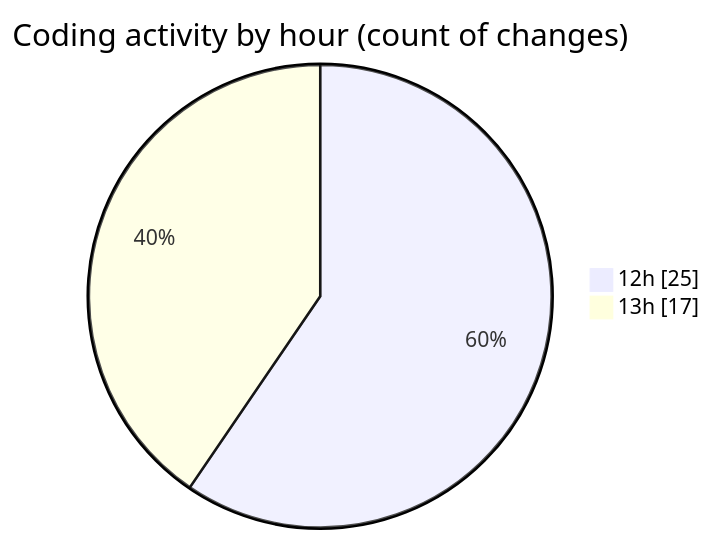
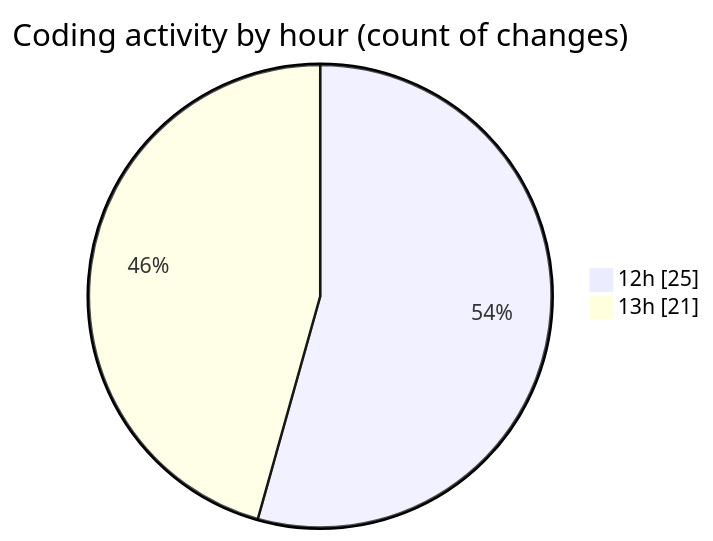
Before and after one commit to momahboobian/code-tracking: the second of 2 diagrams in 2025-08-15/cda/README.md, drawn with Mermaid. The commit also changed other lines of this file and 1 other file, not shown here.

````diff
--- a/2025-08-15/cda/README.md
+++ b/2025-08-15/cda/README.md
@@ -38,6 +41,6 @@
 ```mermaid
 pie showData
 title Coding activity by hour (count of changes)
 "12h" : 25
-"13h" : 17
+"13h" : 21
 ```
````
